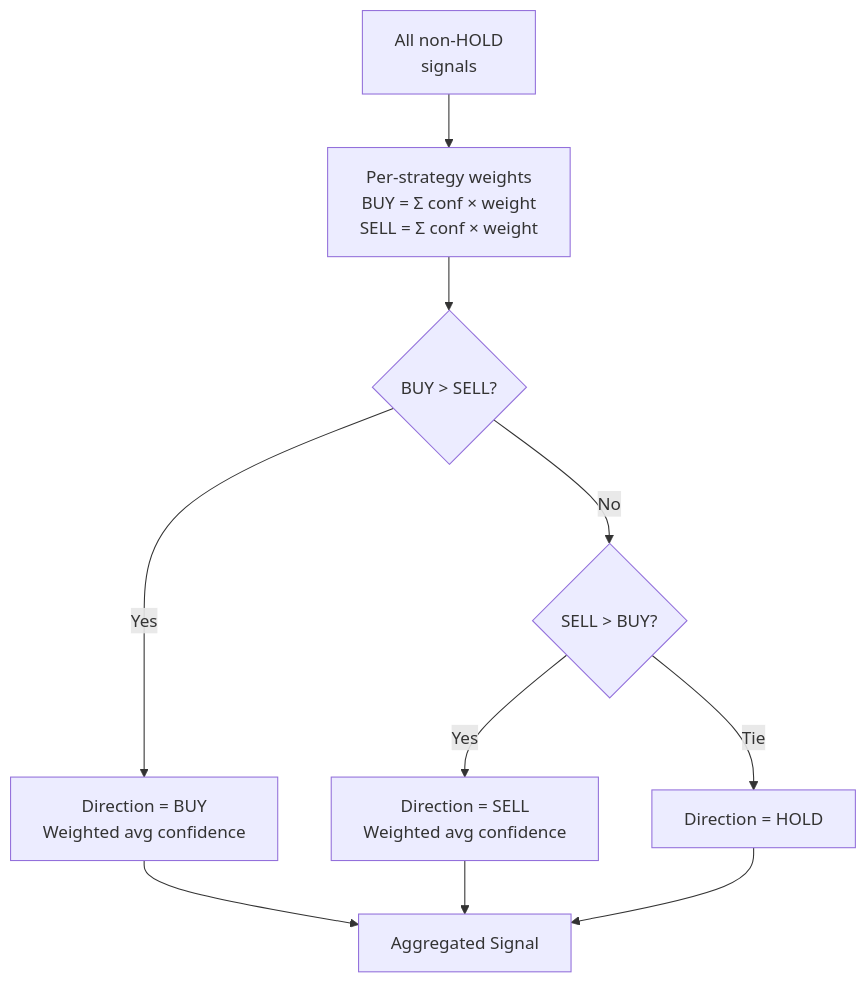
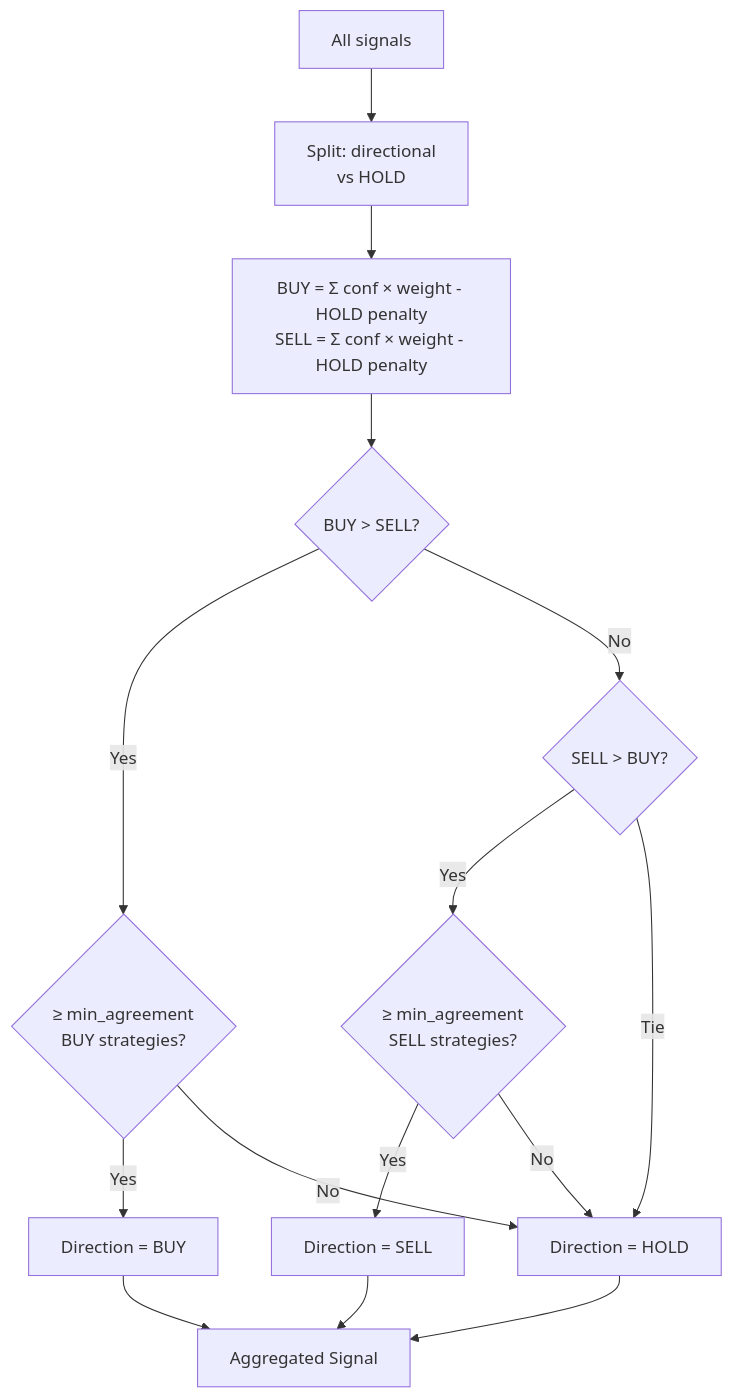
One commit to tarmosalong/tradingbot changed the seventh of 18 diagrams in README.md. Above: the diagram before and after it, drawn with Mermaid. The commit also changed other lines of this file and 14 other files, not shown here.

````diff
--- a/README.md
+++ b/README.md
@@ -457,12 +469,17 @@
 ```mermaid
 graph TD
-    SIG["All non-HOLD<br/>signals"] --> WEIGHT["Per-strategy weights<br/>BUY = Σ conf × weight<br/>SELL = Σ conf × weight"]
+    SIG["All signals"] --> SPLIT["Split: directional<br/>vs HOLD"]
+    SPLIT --> WEIGHT["BUY = Σ conf × weight - HOLD penalty<br/>SELL = Σ conf × weight - HOLD penalty"]
     WEIGHT --> CMP{"BUY > SELL?"}
-    CMP -->|Yes| BUY_DIR["Direction = BUY<br/>Weighted avg confidence"]
+    CMP -->|Yes| AGREE{"≥ min_agreement<br/>BUY strategies?"}
     CMP -->|No| CMP2{"SELL > BUY?"}
-    CMP2 -->|Yes| SELL_DIR["Direction = SELL<br/>Weighted avg confidence"]
+    CMP2 -->|Yes| AGREE2{"≥ min_agreement<br/>SELL strategies?"}
     CMP2 -->|Tie| HOLD["Direction = HOLD"]
+    AGREE -->|Yes| BUY_DIR["Direction = BUY"]
+    AGREE -->|No| HOLD
+    AGREE2 -->|Yes| SELL_DIR["Direction = SELL"]
+    AGREE2 -->|No| HOLD
     BUY_DIR --> FINAL["Aggregated Signal"]
     SELL_DIR --> FINAL
     HOLD --> FINAL
 ```
````
